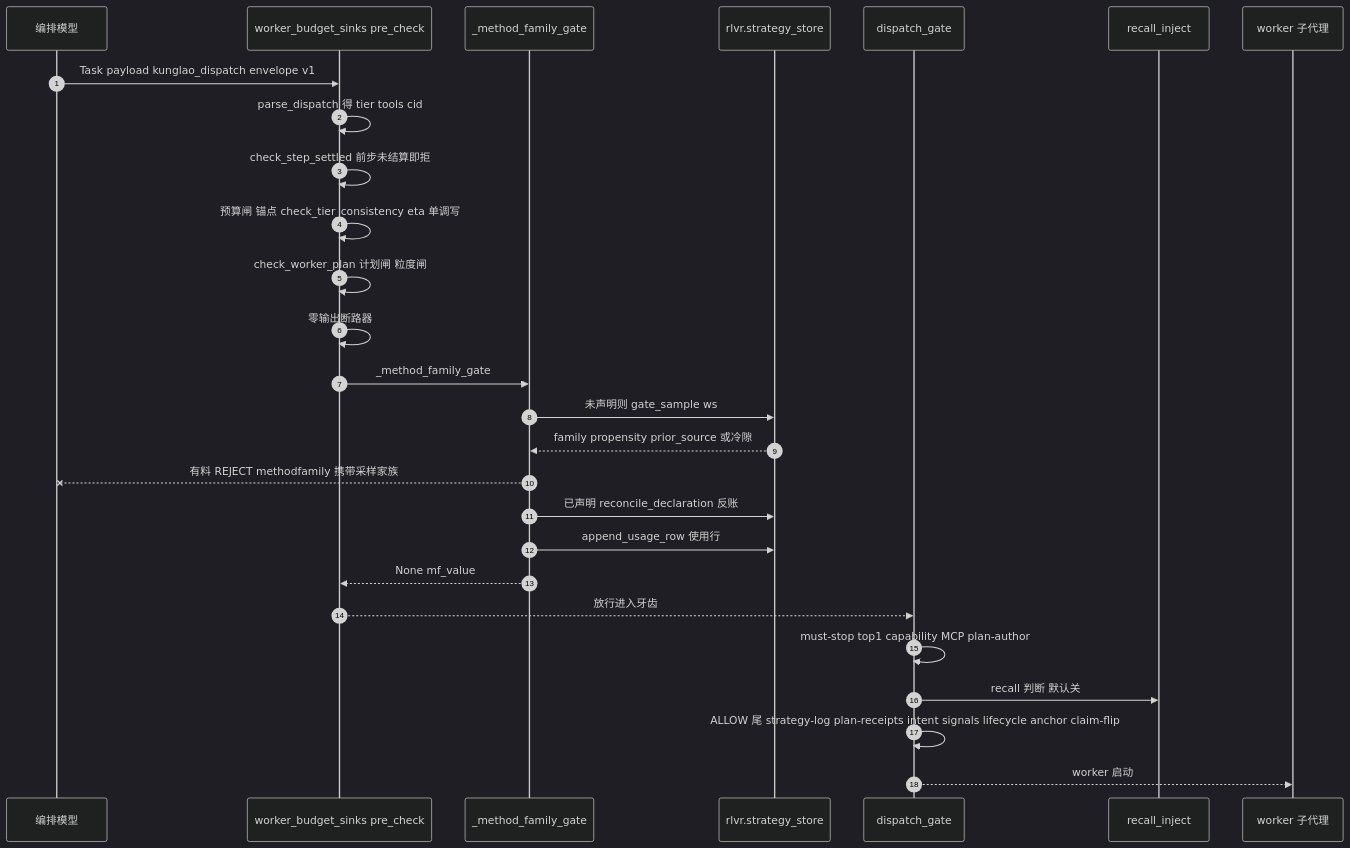
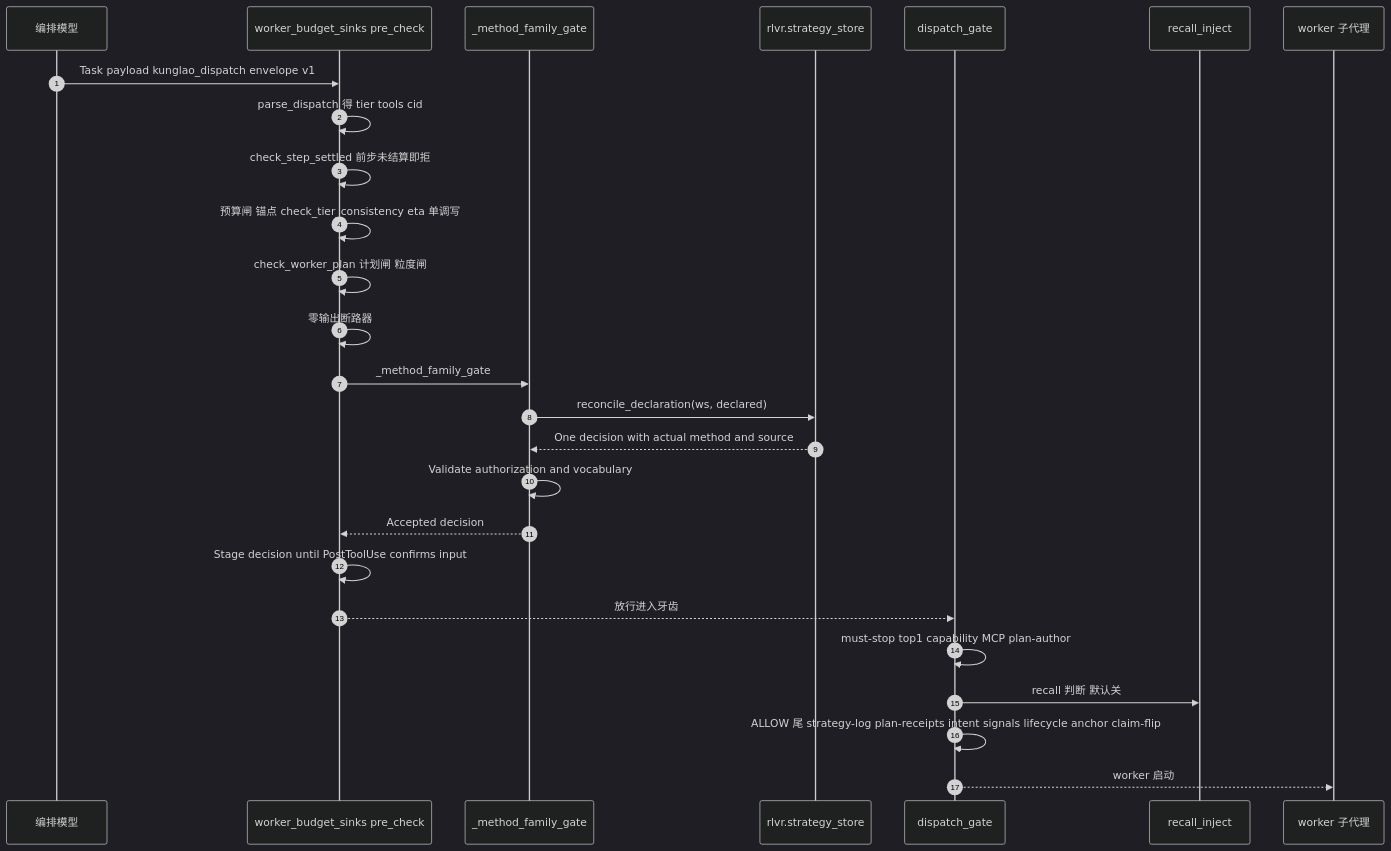
Before and after one commit to amd2g2zz/kunglao-agent: the second of 6 diagrams in docs/architecture/kunglao-technical-doc.md, drawn with Mermaid (dark theme). The commit also changed other lines of this file and 24 other files, not shown here.

````diff
--- a/docs/architecture/kunglao-technical-doc.md
+++ b/docs/architecture/kunglao-technical-doc.md
@@ -92,29 +92,28 @@
 ```mermaid
 sequenceDiagram
   autonumber
   participant O as 编排模型
   participant WB as worker_budget_sinks pre_check
   participant MFG as _method_family_gate
   participant SS as rlvr.strategy_store
   participant DG as dispatch_gate
   participant RI as recall_inject
   participant W as worker 子代理
   O->>WB: Task payload kunglao_dispatch envelope v1
   WB->>WB: parse_dispatch 得 tier tools cid
   WB->>WB: check_step_settled 前步未结算即拒
   WB->>WB: 预算闸 锚点 check_tier_consistency eta 单调写
   WB->>WB: check_worker_plan 计划闸 粒度闸
   WB->>WB: 零输出断路器
   WB->>MFG: _method_family_gate
-  MFG->>SS: 未声明则 gate_sample ws
-  SS-->>MFG: family propensity prior_source 或冷隙
-  MFG--xO: 有料 REJECT methodfamily 携带采样家族
-  MFG->>SS: 已声明 reconcile_declaration 反账
-  MFG->>SS: append_usage_row 使用行
-  MFG-->>WB: None mf_value
+  MFG->>SS: reconcile_declaration(ws, declared)
+  SS-->>MFG: One decision with actual method and source
+  MFG->>MFG: Validate authorization and vocabulary
+  MFG-->>WB: Accepted decision
+  WB->>WB: Stage decision until PostToolUse confirms input
   WB-->>DG: 放行进入牙齿
   DG->>DG: must-stop top1 capability MCP plan-author
   DG->>RI: recall 判断 默认关
   DG->>DG: ALLOW 尾 strategy-log plan-receipts intent signals lifecycle anchor claim-flip
   DG-->>W: worker 启动
 ```
````
